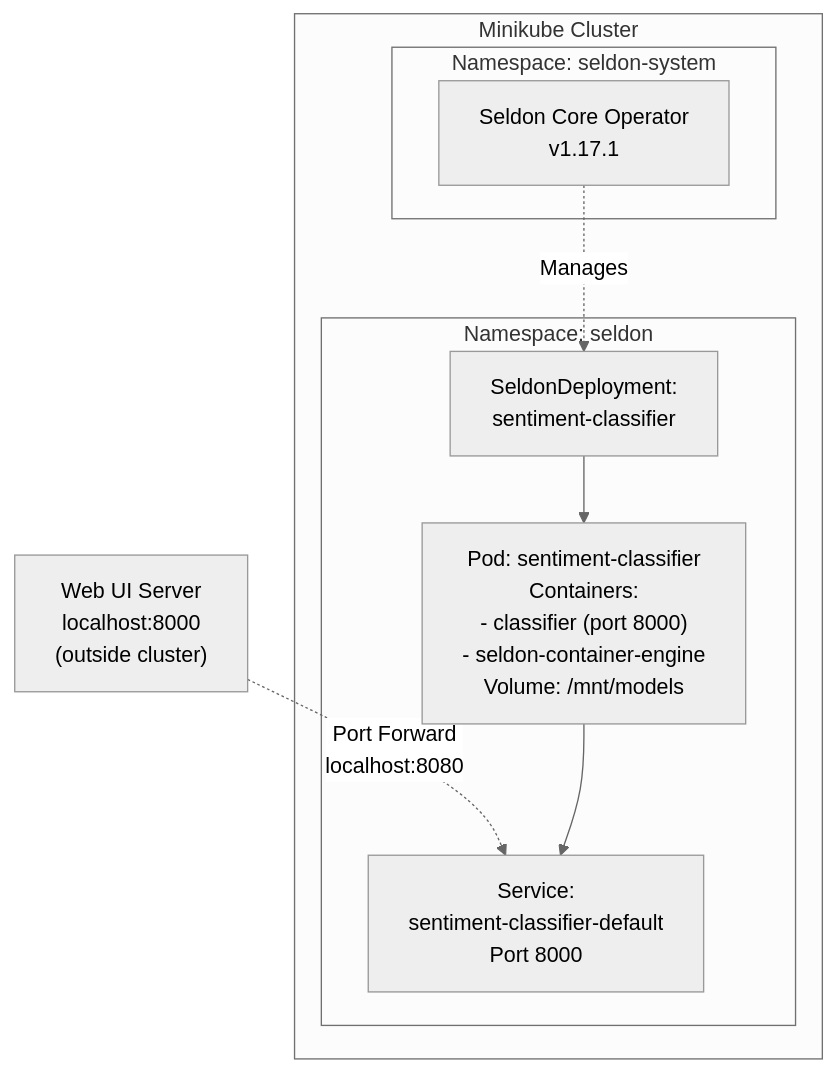
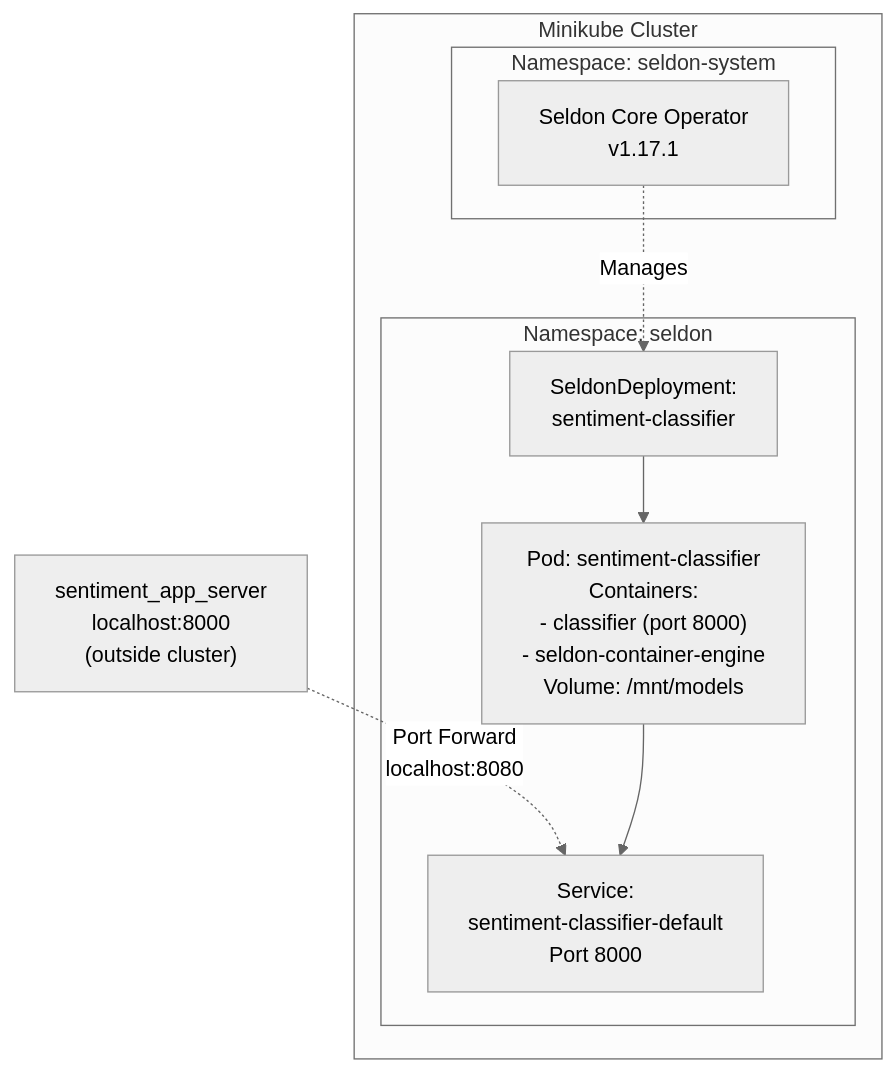
The second of 6 diagrams in docs/ARCHITECTURE.md (r39132/learn-seldon), drawn with Mermaid before and after one commit. The commit also changed other lines of this file and 1 other file, not shown here.

First line of the commit message:
Update naming: runtime component = sentiment_app_server, application = sentiment_app

````diff
--- a/docs/ARCHITECTURE.md
+++ b/docs/ARCHITECTURE.md
@@ -47,22 +47,22 @@
 ```mermaid
 %%{init: {'theme':'neutral'}}%%
 graph TB
-    LocalUI["Web UI Server<br/>localhost:8000<br/>(outside cluster)"] -.->|Port Forward<br/>localhost:8080| ClassifierSvc
+    LocalUI["sentiment_app_server<br/>localhost:8000<br/>(outside cluster)"] -.->|Port Forward<br/>localhost:8080| ClassifierSvc
 
     subgraph MinikubeCluster["Minikube Cluster"]
         subgraph SeldonNS["Namespace: seldon"]
             SeldonDeployment["SeldonDeployment:<br/>sentiment-classifier"]
             ClassifierPod["Pod: sentiment-classifier<br/>Containers:<br/>- classifier (port 8000)<br/>- seldon-container-engine<br/>Volume: /mnt/models"]
             ClassifierSvc["Service:<br/>sentiment-classifier-default<br/>Port 8000"]
 
             SeldonDeployment --> ClassifierPod
             ClassifierPod --> ClassifierSvc
         end
 
         subgraph SeldonSystem["Namespace: seldon-system"]
             Operator["Seldon Core Operator<br/>v1.17.1"]
         end
 
         Operator -.->|Manages| SeldonDeployment
     end
 ```
````
